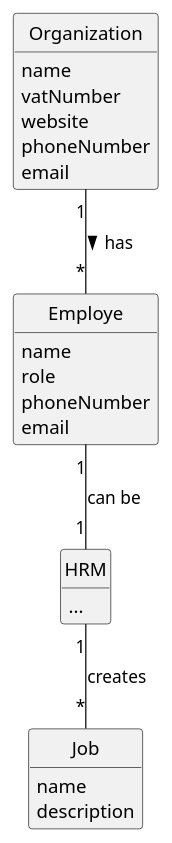
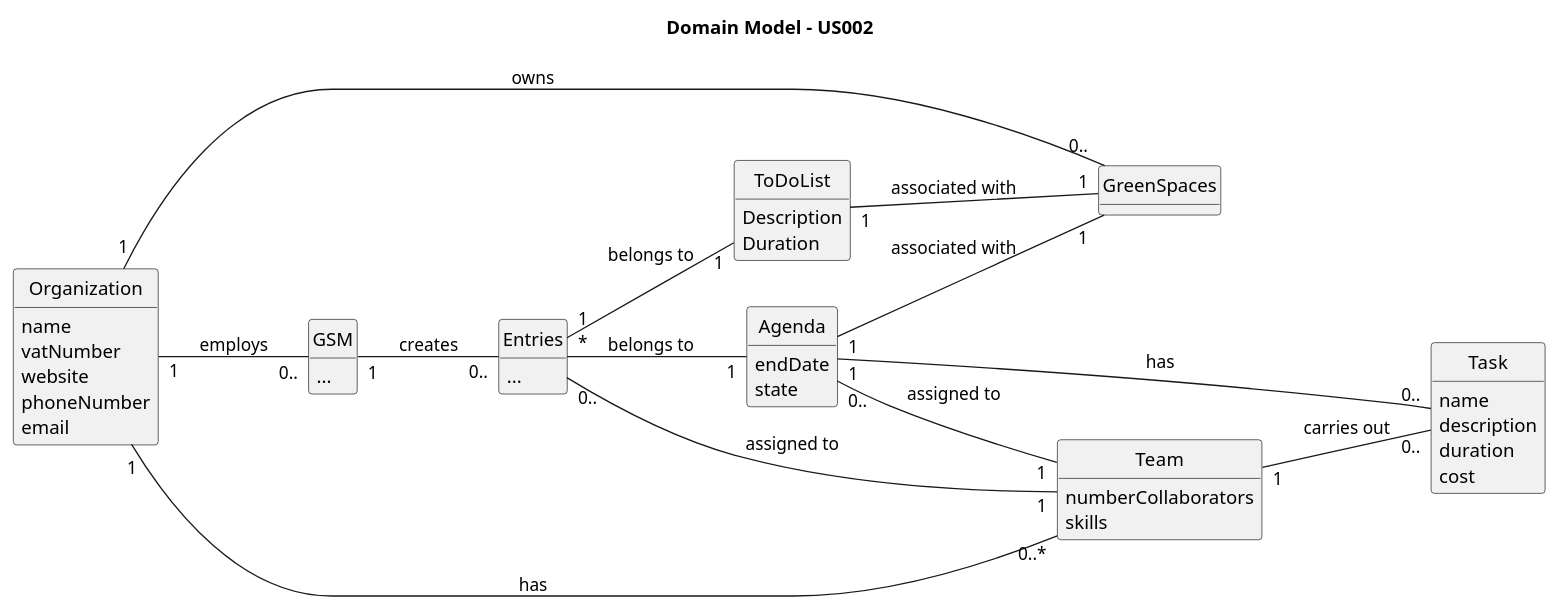
The diagram in docs/sprintC/us023/02.analysis/puml/us002-domain-model.puml (Departamento-de-Engenharia-Informatica/greenspace-management), drawn with PlantUML before and after one commit. The commit also changed 9 other files, not shown here.

```diff
--- a/docs/sprintC/us023/02.analysis/puml/us002-domain-model.puml
+++ b/docs/sprintC/us023/02.analysis/puml/us002-domain-model.puml
@@ -1,46 +1,71 @@
 @startuml
 skinparam monochrome true
 skinparam packageStyle rectangle
 skinparam shadowing false
-
-'left to right direction
-
 skinparam classAttributeIconSize 0
-
 hide circle
 hide methods
 
-'title Domain Model
+title Domain Model - US002
 
-'class Platform {
-'  -description
-'}
+left to right direction
 
 class Organization {
-    name
-    vatNumber
-    website
-    phoneNumber
-    email
+name
+vatNumber
+website
+phoneNumber
+email
 }
 
-class Employe {
-    name
-    role
-    phoneNumber
-    email
-}
-class HRM {
-    ...
-}
-class Job {
-    name
-    description
+class GSM {
+...
 }
 
+class GreenSpaces {
+}
 
-Employe "1" -- "1" HRM : can be
-Organization "1" -- "*" Employe : has >
+class Task {
+name
+description
+duration
+cost
+}
 
-HRM "1" -- "*" Job : creates
+class Agenda {
+endDate
+state
+}
+
+class Team {
+numberCollaborators
+skills
+}
+
+class ToDoList {
+Description
+Duration
+}
+
+class Entries {
+...
+}
+
+Organization "1" -- "0.." GreenSpaces : owns
+Organization "1" -- "0.." GSM : employs
+Organization "1" -- "0..*" Team : has
+
+GSM "1" -- "0.." Entries : creates
+Entries "1" -- "1" ToDoList : belongs to
+Entries "*" -- "1" Agenda : belongs to
+
+Agenda "1" -- "0.." Task : has
+Agenda "1" -- "1" GreenSpaces : associated with
+Agenda "0.." -- "1" Team : assigned to
+
+ToDoList "1" -- "1" GreenSpaces : associated with
+
+Team "1" -- "0.." Task : carries out
+Team "1" -- "0.." Entries : assigned to
+
 @enduml
```
